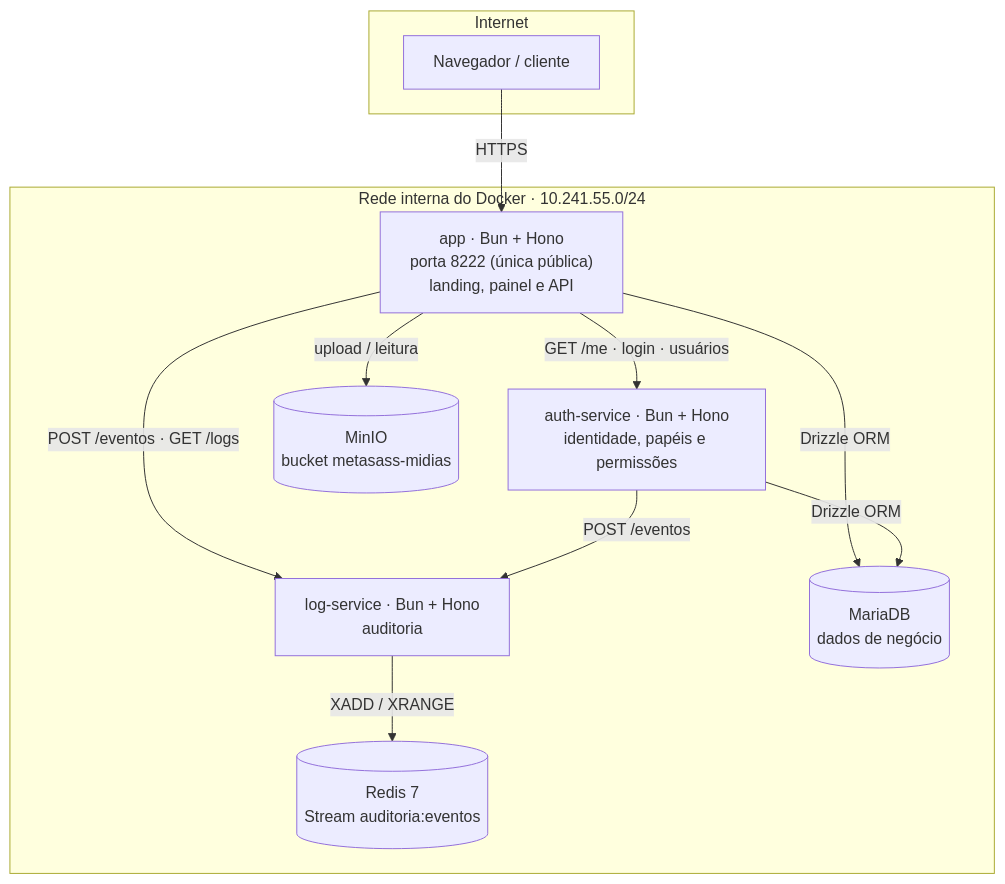
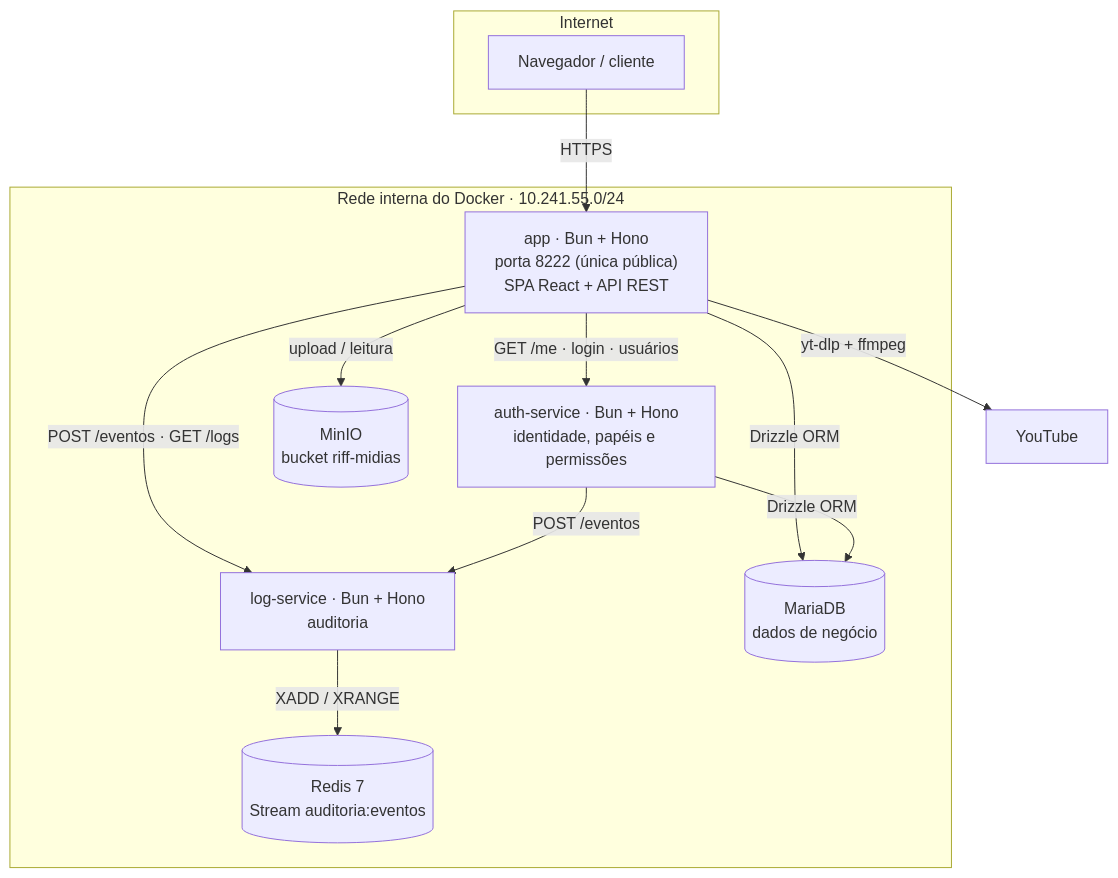
Before and after one commit to mateussantospereira/music-sass: the first of 2 diagrams in README.md, drawn with Mermaid. The commit also changed other lines of this file, not shown here.

Commit message:
README do Riff: produto, arquitetura, deploy e entrega

````diff
--- a/README.md
+++ b/README.md
@@ -65,24 +68,25 @@
 ```mermaid
 flowchart TB
     subgraph Internet
         U[Navegador / cliente]
     end
 
     subgraph Docker["Rede interna do Docker · 10.241.55.0/24"]
-        APP["app · Bun + Hono<br/>porta 8222 (única pública)<br/>landing, painel e API"]
+        APP["app · Bun + Hono<br/>porta 8222 (única pública)<br/>SPA React + API REST"]
         AUTH["auth-service · Bun + Hono<br/>identidade, papéis e permissões"]
         LOG["log-service · Bun + Hono<br/>auditoria"]
         REDIS[("Redis 7<br/>Stream auditoria:eventos")]
-        MINIO[("MinIO<br/>bucket metasass-midias")]
+        MINIO[("MinIO<br/>bucket riff-midias")]
         DB[("MariaDB<br/>dados de negócio")]
     end
 
     U -->|HTTPS| APP
     APP -->|GET /me · login · usuários| AUTH
     APP -->|POST /eventos · GET /logs| LOG
     AUTH -->|POST /eventos| LOG
     LOG -->|XADD / XRANGE| REDIS
     APP -->|upload / leitura| MINIO
+    APP -->|yt-dlp + ffmpeg| YT[YouTube]
     APP -->|Drizzle ORM| DB
     AUTH -->|Drizzle ORM| DB
 ```
````
